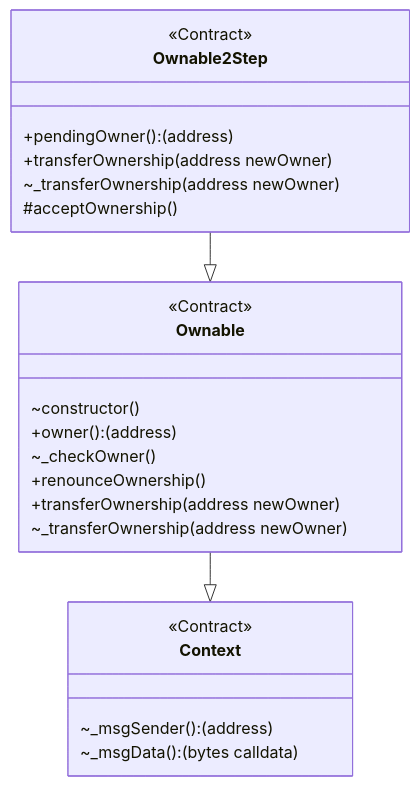
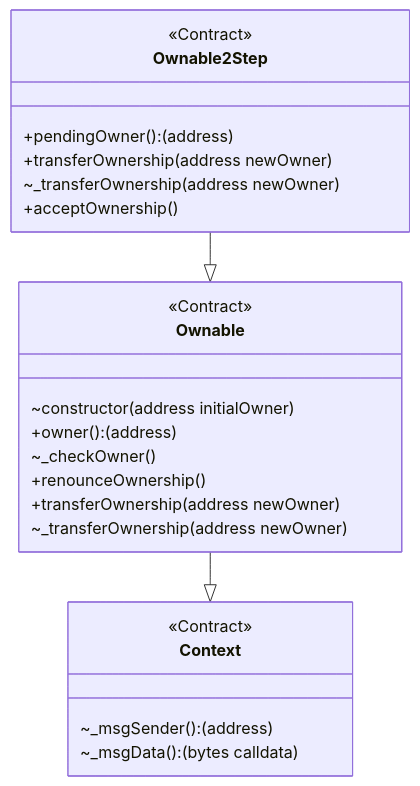
The diagram in generated/@openzeppelin/contracts/access/Ownable2Step.mmd (ernestognw/mermaid-contracts), drawn with Mermaid before and after one commit. The commit also changed 201 other files, not shown here.

```diff
--- a/generated/@openzeppelin/contracts/access/Ownable2Step.mmd
+++ b/generated/@openzeppelin/contracts/access/Ownable2Step.mmd
@@ -1,31 +1,31 @@
 classDiagram
-  %% 599:1343:1
+  %% 626:1366:1
   class Ownable2Step {
     <<Contract>>
     +pendingOwner(): (address)
     +transferOwnership(address newOwner)
     ~_transferOwnership(address newOwner)
-    #acceptOwnership()
+    +acceptOwnership()
   }
   
   Ownable2Step --|> Ownable
   
-  %% 654:1968:0
+  %% 663:2438:0
   class Ownable {
     <<Contract>>
-    ~constructor()
+    ~constructor(address initialOwner)
     +owner(): (address)
     ~_checkOwner()
     +renounceOwnership()
     +transferOwnership(address newOwner)
     ~_transferOwnership(address newOwner)
   }
   
   Ownable --|> Context
   
-  %% 608:235:2
+  %% 624:235:2
   class Context {
     <<Contract>>
     ~_msgSender(): (address)
     ~_msgData(): (bytes calldata)
   }
```
